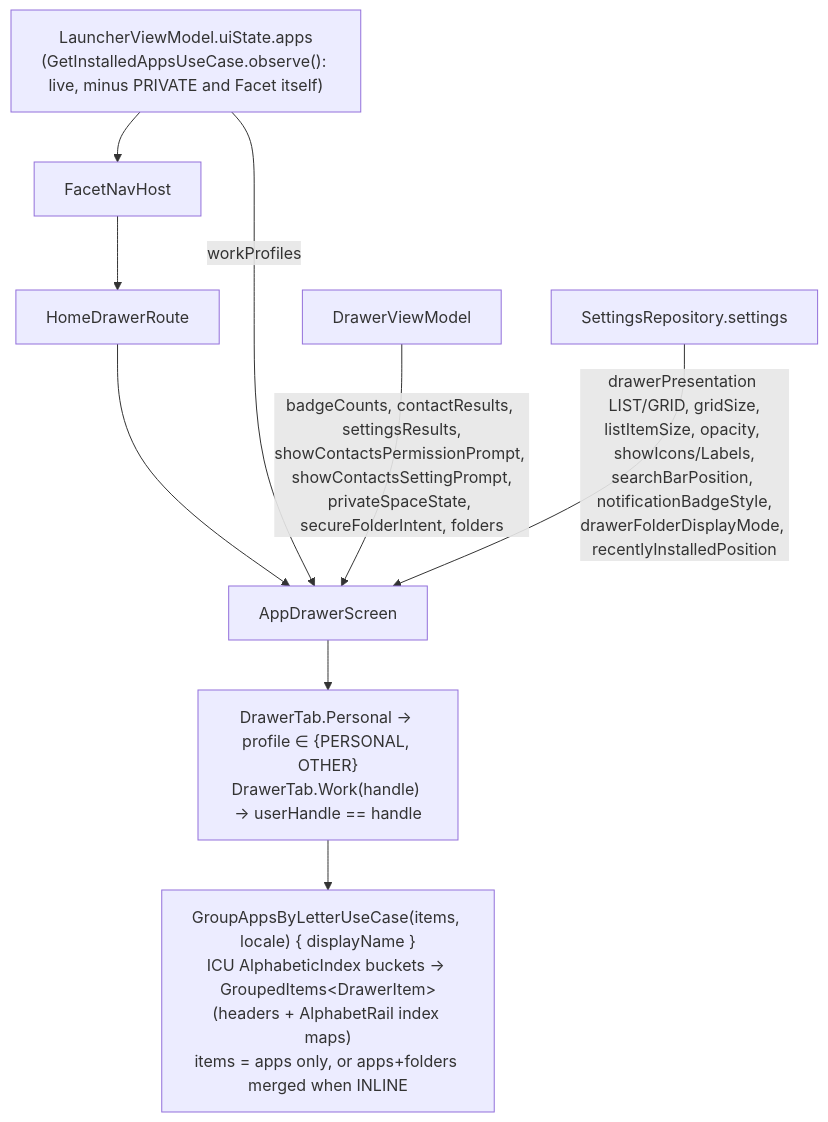
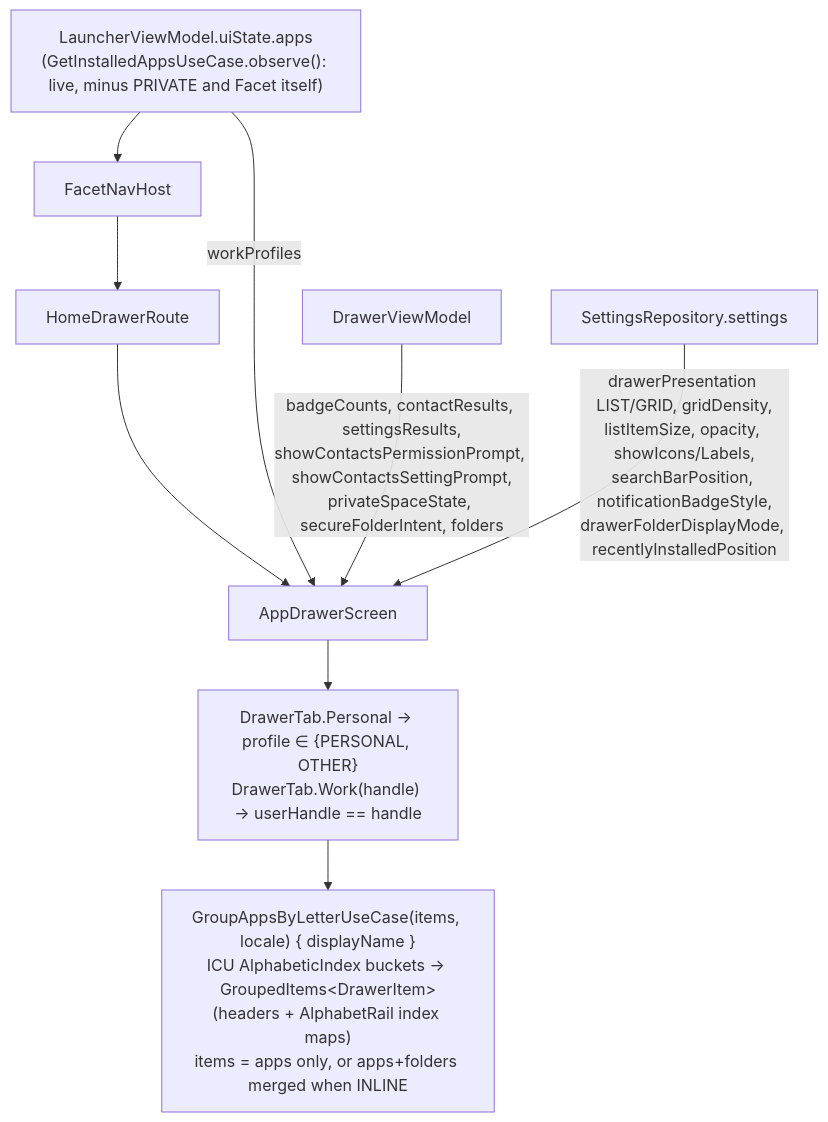
One commit to rohitganjam/facet-launcher changed the first of 2 diagrams in docs/architecture/12-flow-drawer-search-and-app-actions.md. Above: the diagram before and after it, drawn with Mermaid. The commit also changed other lines of this file and 24 other files, not shown here.

First line of the commit message:
Drawer grid: density presets sized from the window, search follows the grid

````diff
--- a/docs/architecture/12-flow-drawer-search-and-app-actions.md
+++ b/docs/architecture/12-flow-drawer-search-and-app-actions.md
@@ -9,9 +9,9 @@
 ```mermaid
 flowchart TB
     LVM["LauncherViewModel.uiState.apps\n(GetInstalledAppsUseCase.observe(): live, minus PRIVATE and Facet itself)"] --> NAV[FacetNavHost] --> R[HomeDrawerRoute] --> S[AppDrawerScreen]
     LVM -- workProfiles --> S
     S --> TAB["DrawerTab.Personal → profile ∈ {PERSONAL, OTHER}\nDrawerTab.Work(handle) → userHandle == handle"]
     TAB --> GRP["GroupAppsByLetterUseCase(items, locale) { displayName }\nICU AlphabeticIndex buckets → GroupedItems&lt;DrawerItem&gt;\n(headers + AlphabetRail index maps)\nitems = apps only, or apps+folders merged when INLINE"]
     DVM[DrawerViewModel] -- "badgeCounts, contactResults, settingsResults,\nshowContactsPermissionPrompt, showContactsSettingPrompt,\nprivateSpaceState, secureFolderIntent, folders" --> S
-    SET["SettingsRepository.settings"] -- "drawerPresentation LIST/GRID, gridSize,\nlistItemSize, opacity, showIcons/Labels,\nsearchBarPosition, notificationBadgeStyle,\ndrawerFolderDisplayMode, recentlyInstalledPosition" --> S
+    SET["SettingsRepository.settings"] -- "drawerPresentation LIST/GRID, gridDensity,\nlistItemSize, opacity, showIcons/Labels,\nsearchBarPosition, notificationBadgeStyle,\ndrawerFolderDisplayMode, recentlyInstalledPosition" --> S
 ```
````
